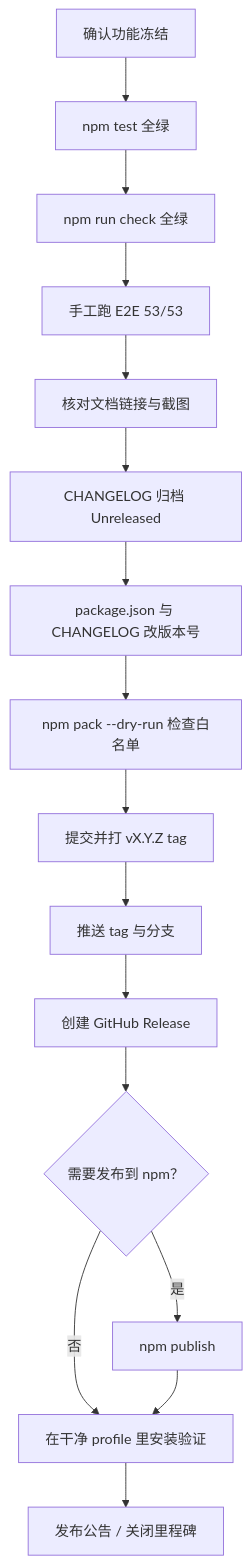
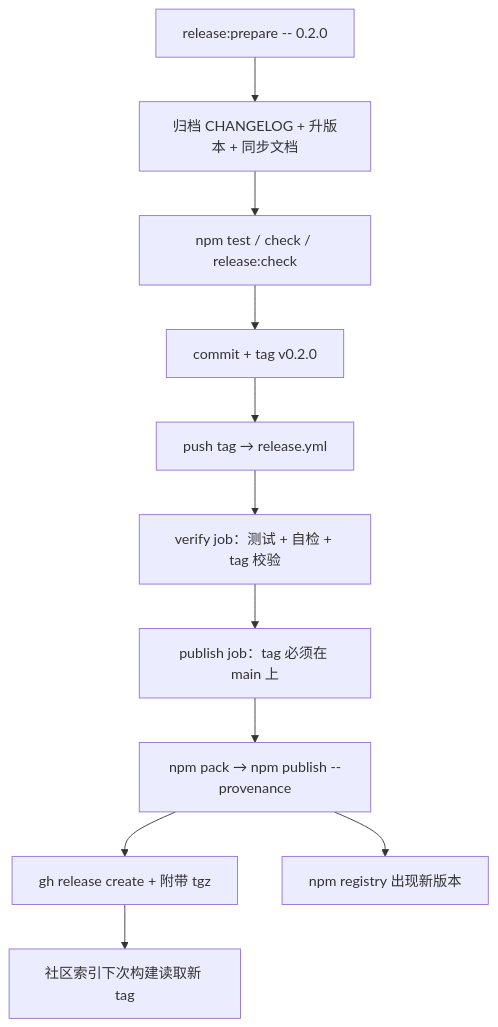
The diagram in docs/dev/packaging-and-release.md (czyt1988/dsh-workflow-orchestrator), drawn with Mermaid before and after one commit. The commit also changed other lines of this file and 22 other files, not shown here.

````diff
--- a/docs/dev/packaging-and-release.md
+++ b/docs/dev/packaging-and-release.md
@@ -90,18 +144,13 @@
 ```mermaid
 flowchart TD
-  A["确认功能冻结"] --> B["npm test 全绿"]
-  B --> C["npm run check 全绿"]
-  C --> D["手工跑 E2E 53/53"]
-  D --> E["核对文档链接与截图"]
-  E --> F["CHANGELOG 归档 Unreleased"]
-  F --> G["package.json 与 CHANGELOG 改版本号"]
-  G --> H["npm pack --dry-run 检查白名单"]
-  H --> I["提交并打 vX.Y.Z tag"]
-  I --> J["推送 tag 与分支"]
-  J --> K["创建 GitHub Release"]
-  K --> L{"需要发布到 npm？"}
-  L -->|是| M["npm publish"]
-  L -->|否| N["在干净 profile 里安装验证"]
-  M --> N
-  N --> O["发布公告 / 关闭里程碑"]
+  A["release:prepare -- 0.2.0"] --> B["归档 CHANGELOG + 升版本 + 同步文档"]
+  B --> C["npm test / check / release:check"]
+  C --> D["commit + tag v0.2.0"]
+  D --> E["push tag → release.yml"]
+  E --> F["verify job：测试 + 自检 + tag 校验"]
+  F --> G["publish job：tag 必须在 main 上"]
+  G --> H["npm pack → npm publish --provenance"]
+  H --> I["gh release create + 附带 tgz"]
+  H --> J["npm registry 出现新版本"]
+  I --> K["社区索引下次构建读取新 tag"]
 ```
````
